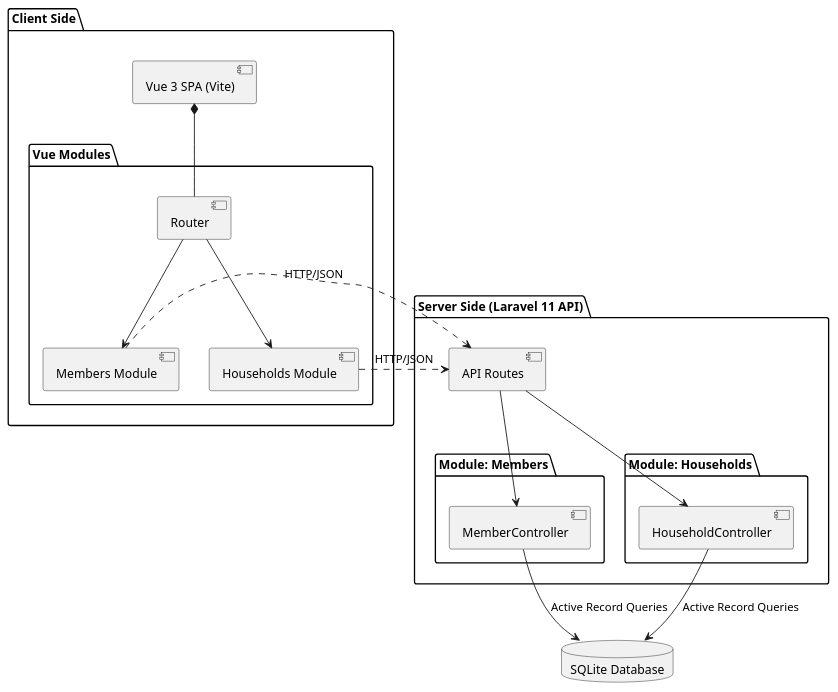
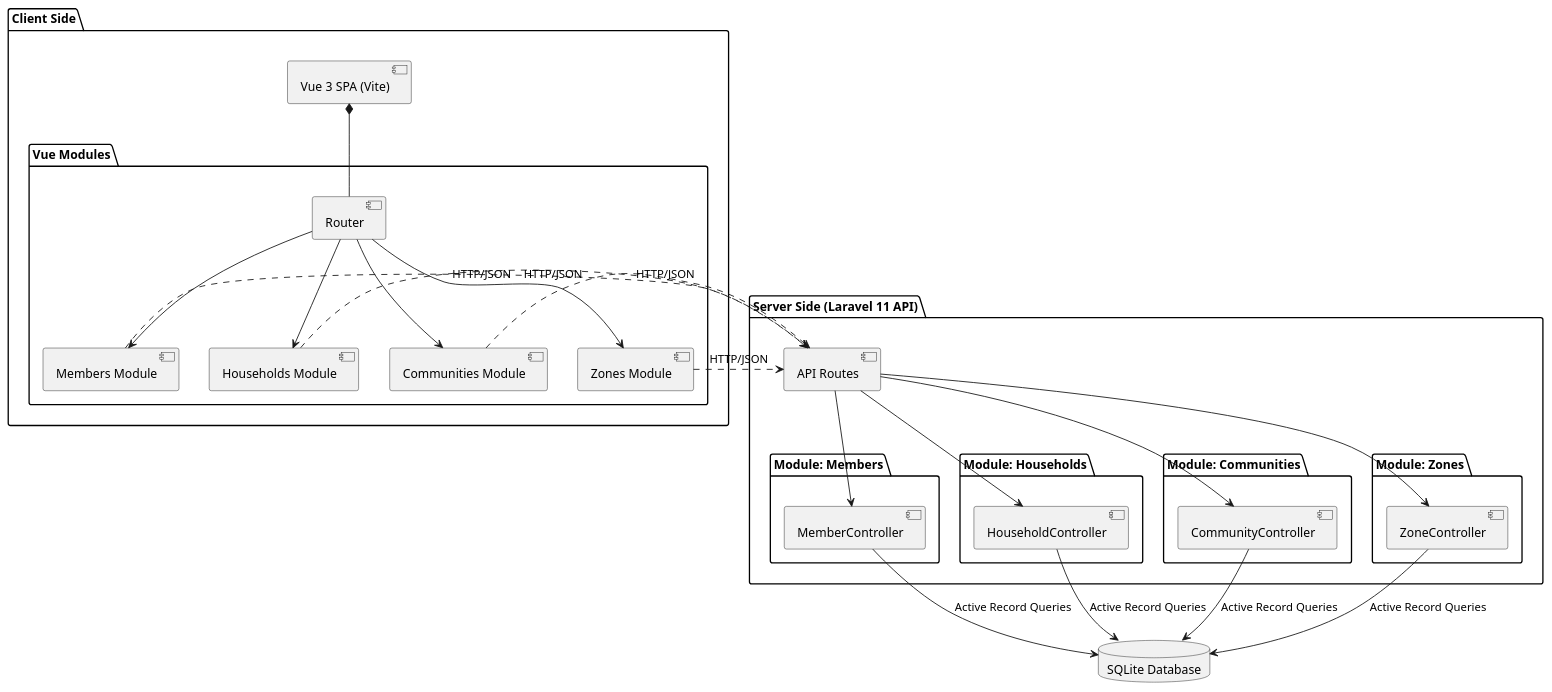
Before and after one commit to mirukibs/TKCC-V2: the diagram in Docs/Architecture/System-Architecture.puml, drawn with PlantUML. The commit also changed 12 other files, not shown here.

First line of the commit message:
docs(zones): add module documentation and architecture diagrams

```diff
--- a/Docs/Architecture/System-Architecture.puml
+++ b/Docs/Architecture/System-Architecture.puml
@@ -1,42 +1,60 @@
 @startuml
 skinparam componentStyle uml2
 skinparam handwritten false
 
 package "Client Side" {
     [Vue 3 SPA (Vite)] as Frontend
 
     package "Vue Modules" {
         [Router]
         [Members Module]
         [Households Module]
+        [Communities Module]
+        [Zones Module]
     }
 
     Frontend *-- [Router]
     [Router] --> [Members Module]
     [Router] --> [Households Module]
+    [Router] --> [Communities Module]
+    [Router] --> [Zones Module]
 }
 
 package "Server Side (Laravel 11 API)" {
 
     package "Module: Members" {
         [MemberController]
     }
 
     package "Module: Households" {
         [HouseholdController]
     }
 
+    package "Module: Communities" {
+        [CommunityController]
+    }
+
+    package "Module: Zones" {
+        [ZoneController]
+    }
+
     [API Routes] --> [MemberController]
     [API Routes] --> [HouseholdController]
+    [API Routes] --> [CommunityController]
+    [API Routes] --> [ZoneController]
 }
 
 database "SQLite Database" as DB
 
 ' Relationships
 [Members Module] .right.> [API Routes] : HTTP/JSON
 [Households Module] .right.> [API Routes] : HTTP/JSON
+[Communities Module] .right.> [API Routes] : HTTP/JSON
+[Zones Module] .right.> [API Routes] : HTTP/JSON
 
 [MemberController] --> DB : Active Record Queries
 [HouseholdController] --> DB : Active Record Queries
+[CommunityController] --> DB : Active Record Queries
+[ZoneController] --> DB : Active Record Queries
 
 @enduml
```
